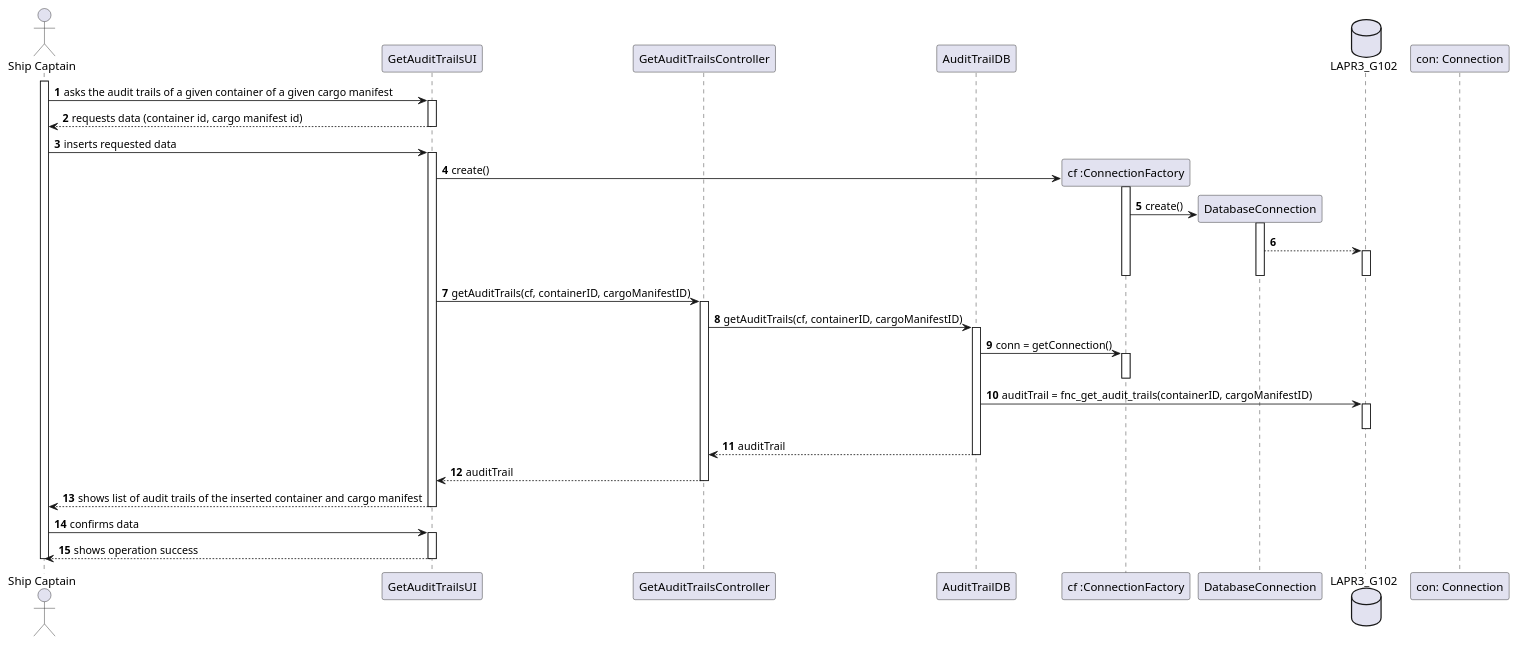
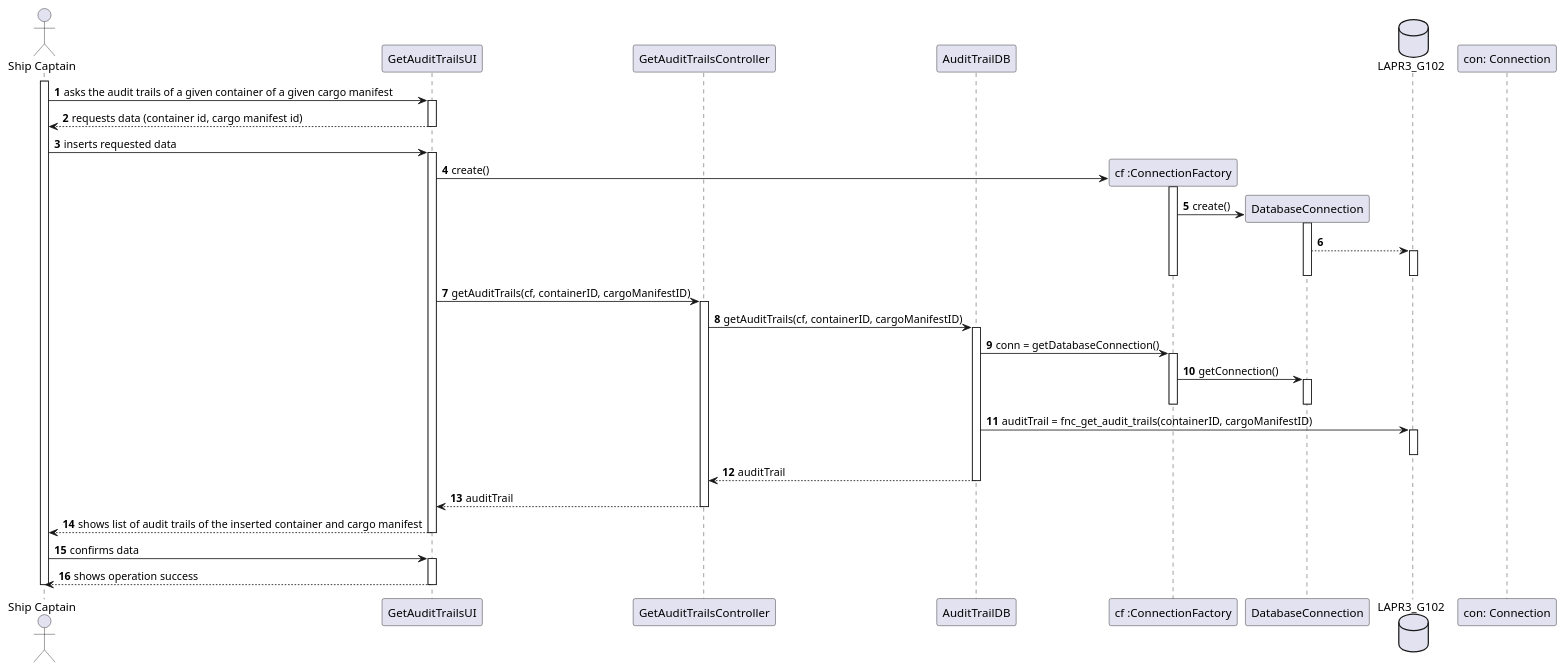
The diagram in docs/Sprint3/US304/US304_SD.puml (mpoboas/lapr3-2021-g102), drawn with PlantUML before and after one commit. The commit also changed 7 other files, not shown here.

```diff
--- a/docs/Sprint3/US304/US304_SD.puml
+++ b/docs/Sprint3/US304/US304_SD.puml
@@ -1,60 +1,63 @@
 @startuml
 'https://plantuml.com/sequence-diagram
 
 autonumber
 
 autonumber
 
 actor "Ship Captain" as SC
 participant "GetAuditTrailsUI" as UI
 participant "GetAuditTrailsController" as CTRL
 participant "AuditTrailDB" as ATDB
 participant "cf :ConnectionFactory" as CF
 participant DatabaseConnection as DC
 
 database LAPR3_G102 as DB
 participant "con: Connection" as CON
 
 
 activate SC
 SC -> UI : asks the audit trails of a given container of a given cargo manifest
 activate UI
 UI --> SC : requests data (container id, cargo manifest id)
 deactivate UI
 SC -> UI : inserts requested data
 activate UI
 
 UI -> CF** : create()
 activate CF
 CF -> DC** : create()
 activate DC
 DC --> DB
 activate DB
 deactivate DB
 deactivate DC
 deactivate CF
 
 UI -> CTRL : getAuditTrails(cf, containerID, cargoManifestID)
 activate CTRL
 CTRL -> ATDB : getAuditTrails(cf, containerID, cargoManifestID)
 activate ATDB
 
-ATDB -> CF : conn = getConnection()
+ATDB -> CF : conn = getDatabaseConnection()
 activate CF
+CF -> DC: getConnection()
+activate DC
+deactivate DC
 deactivate CF
 ATDB -> DB : auditTrail = fnc_get_audit_trails(containerID, cargoManifestID)
 activate DB
 deactivate DB
 ATDB --> CTRL: auditTrail
 deactivate ATDB
 CTRL --> UI : auditTrail
 deactivate CTRL
 
 UI --> SC : shows list of audit trails of the inserted container and cargo manifest
 deactivate UI
 SC -> UI : confirms data
 activate UI
 UI --> SC : shows operation success
 deactivate UI
 deactivate SC
 @enduml
```
